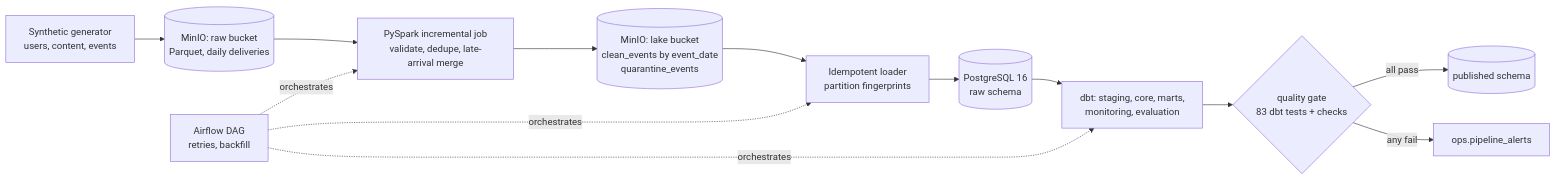
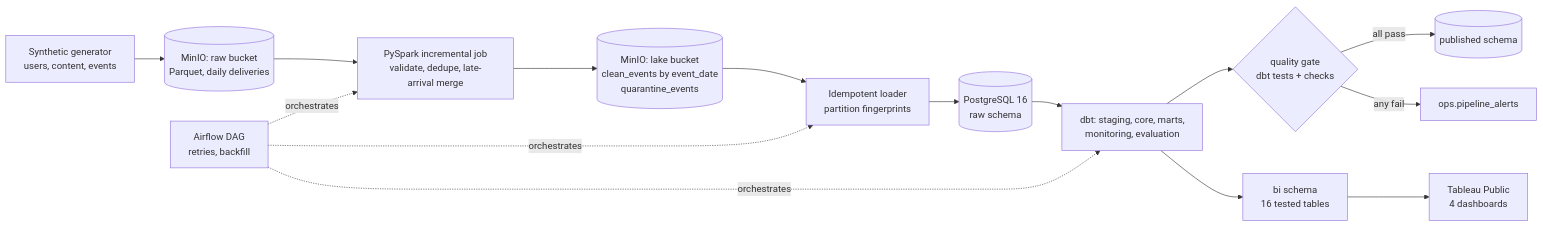
The diagram in README.md (shiyitangg/social-product-analytics-warehouse), drawn with Mermaid before and after one commit. The commit also changed other lines of this file and 6 other files, not shown here.

Commit message:
Add Tableau dashboards (4 pages) and screenshots; rewrite dashboard docs for Tableau

````diff
--- a/README.md
+++ b/README.md
@@ -9,15 +9,16 @@
 ```mermaid
 flowchart LR
     G[Synthetic generator<br/>users, content, events] --> RAW[(MinIO: raw bucket<br/>Parquet, daily deliveries)]
     RAW --> SP[PySpark incremental job<br/>validate, dedupe, late-arrival merge]
     SP --> LAKE[(MinIO: lake bucket<br/>clean_events by event_date<br/>quarantine_events)]
     LAKE --> LD[Idempotent loader<br/>partition fingerprints]
     LD --> PG[(PostgreSQL 16<br/>raw schema)]
     PG --> DBT[dbt: staging, core, marts,<br/>monitoring, evaluation]
-    DBT --> GATE{quality gate<br/>83 dbt tests + checks}
+    DBT --> GATE{quality gate<br/>dbt tests + checks}
     GATE -- all pass --> PUB[(published schema)]
+    DBT --> BI[bi schema<br/>16 tested tables] --> TAB[Tableau Public<br/>4 dashboards]
     GATE -- any fail --> ALERT[ops.pipeline_alerts]
     AF[Airflow DAG<br/>retries, backfill] -. orchestrates .-> SP
     AF -. orchestrates .-> LD
     AF -. orchestrates .-> DBT
 ```
````
